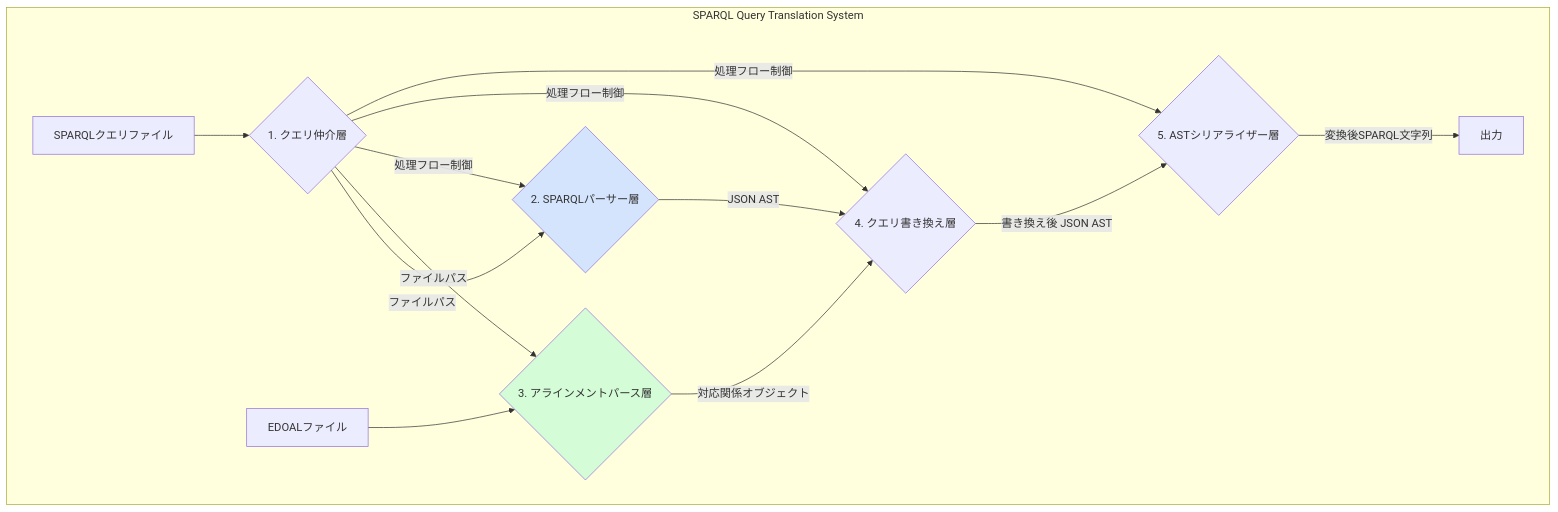
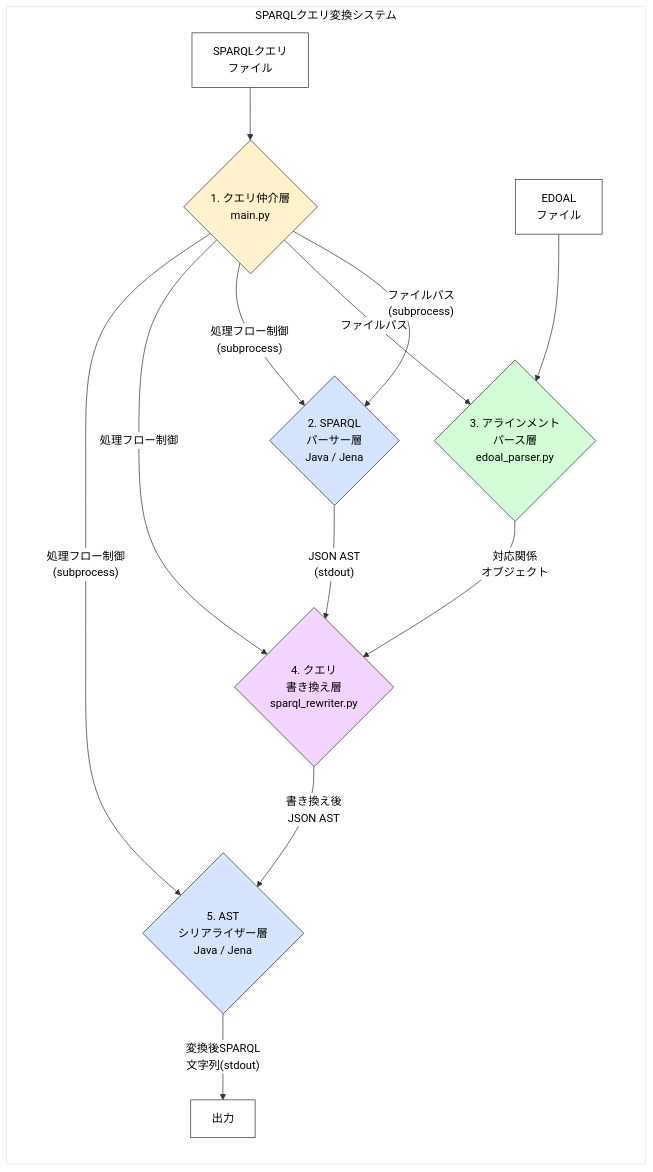
Before and after one commit to terasaki-8910/sparql-translator-complex-alignment-master: the first of 2 diagrams in SPECIFICATION.md, drawn with Mermaid. The commit also changed other lines of this file and 51 other files, not shown here.

````diff
--- a/SPECIFICATION.md
+++ b/SPECIFICATION.md
@@ -13,19 +13,29 @@
 ```mermaid
-graph TD
-    subgraph SPARQL Query Translation System
-        A[SPARQLクエリファイル] --> B{1. クエリ仲介層};
-        B -- ファイルパス --> C{2. SPARQLパーサー層};
-        C -- JSON AST --> D{4. クエリ書き換え層};
-        E[EDOALファイル] --> F{3. アラインメントパース層};
-        F -- 対応関係オブジェクト --> D;
-        D -- 書き換え後 JSON AST --> G{5. ASTシリアライザー層};
-        G -- 変換後SPARQL文字列 --> H[出力];
+%%{init: {'theme':'base', 'themeVariables': { 'primaryColor':'#fff','primaryTextColor':'#000','primaryBorderColor':'#333','lineColor':'#333','secondaryColor':'#fff','tertiaryColor':'#fff','background':'#fff','mainBkg':'#fff','secondBkg':'#fff'}}}%%
+graph LR
+    subgraph SPARQLクエリ変換システム
+        A[SPARQLクエリ<br>ファイル] --> B{1. クエリ仲介層<br>main.py};
+        E[EDOAL<br>ファイル] --> F{3. アラインメント<br>パース層<br>edoal_parser.py};
+        B -- "ファイルパス<br>(subprocess)" --> C{2. SPARQL<br>パーサー層<br>Java / Jena};
+        C -- "JSON AST<br>(stdout)" --> D{4. クエリ<br>書き換え層<br>sparql_rewriter.py};
         B -- ファイルパス --> F;
-        B -- 処理フロー制御 --> C;
+        F -- 対応関係<br>オブジェクト --> D;
+        D -- 書き換え後<br>JSON AST --> G{5. AST<br>シリアライザー層<br>Java / Jena};
+        G -- "変換後SPARQL<br>文字列(stdout)" --> H[出力];
+        B -- "処理フロー制御<br>(subprocess)" --> C;
         B -- 処理フロー制御 --> D;
-        B -- 処理フロー制御 --> G;
+        B -- "処理フロー制御<br>(subprocess)" --> G;
     end
 
-    style F fill:#d4fcd7
-    style C fill:#d4e4fc
+    classDef mediator fill:#fff2cc,stroke:#333,stroke-width:1px;
+    classDef javaLayer fill:#d4e4fc,stroke:#333,stroke-width:1px;
+    classDef alignment fill:#d4fcd7,stroke:#333,stroke-width:1px;
+    classDef rewriter fill:#f3d4ff,stroke:#333,stroke-width:1px;
+    classDef default fill:#ffffff,stroke:#333,stroke-width:1px;
+
+    class B mediator;
+    class C,G javaLayer;
+    class F alignment;
+    class D rewriter;
+    class A,E,H default;
 ```
````
